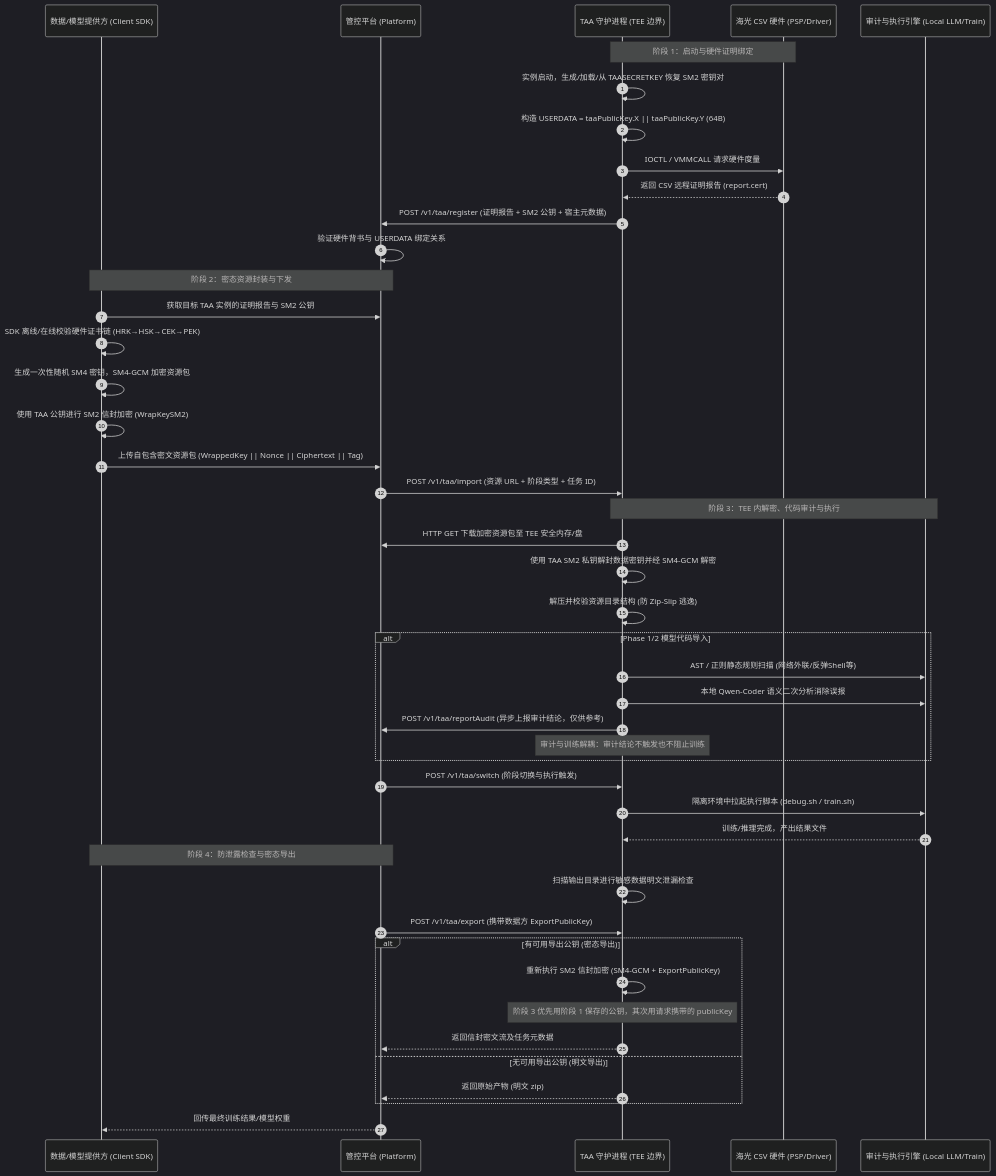
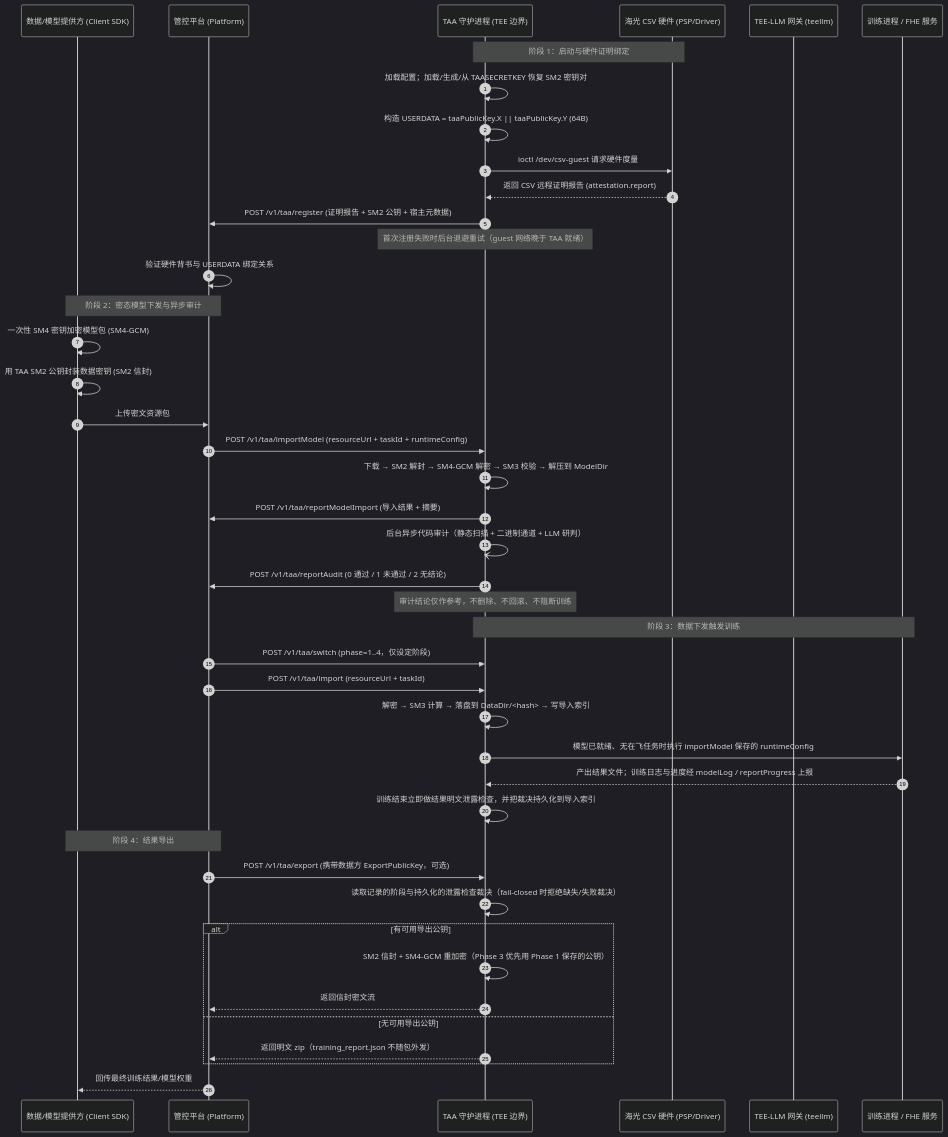
Before and after one commit to CipherSlinger/taa: the diagram in docs/architecture-design.md, drawn with Mermaid (dark theme). The commit also changed other lines of this file, not shown here.

Commit message:
docs(architecture): align the design document with the current implementation

````diff
--- a/docs/architecture-design.md
+++ b/docs/architecture-design.md
@@ -20,55 +36,53 @@
 ```mermaid
 sequenceDiagram
     autonumber
     participant Provider as 数据/模型提供方 (Client SDK)
     participant Platform as 管控平台 (Platform)
     participant TAA as TAA 守护进程 (TEE 边界)
     participant CSV as 海光 CSV 硬件 (PSP/Driver)
-    participant Engine as 审计与执行引擎 (Local LLM/Train)
+    participant LLM as TEE-LLM 网关 (teellm)
+    participant Engine as 训练进程 / FHE 服务
 
     %% 阶段 1：启动、证明与身份注册
     Note over TAA,CSV: 阶段 1：启动与硬件证明绑定
-    TAA->>TAA: 实例启动，生成/加载/从 TAASECRETKEY 恢复 SM2 密钥对
+    TAA->>TAA: 加载配置；加载/生成/从 TAASECRETKEY 恢复 SM2 密钥对
     TAA->>TAA: 构造 USERDATA = taaPublicKey.X || taaPublicKey.Y (64B)
-    TAA->>CSV: IOCTL / VMMCALL 请求硬件度量
-    CSV-->>TAA: 返回 CSV 远程证明报告 (report.cert)
+    TAA->>CSV: ioctl /dev/csv-guest 请求硬件度量
+    CSV-->>TAA: 返回 CSV 远程证明报告 (attestation.report)
     TAA->>Platform: POST /v1/taa/register (证明报告 + SM2 公钥 + 宿主元数据)
+    Note over TAA: 首次注册失败时后台退避重试（guest 网络晚于 TAA 就绪）
     Platform->>Platform: 验证硬件背书与 USERDATA 绑定关系
 
-    %% 阶段 2：密态资源封装与下发
-    Note over Provider,Platform: 阶段 2：密态资源封装与下发
-    Provider->>Platform: 获取目标 TAA 实例的证明报告与 SM2 公钥
-    Provider->>Provider: SDK 离线/在线校验硬件证书链 (HRK→HSK→CEK→PEK)
-    Provider->>Provider: 生成一次性随机 SM4 密钥，SM4-GCM 加密资源包
-    Provider->>Provider: 使用 TAA 公钥进行 SM2 信封加密 (WrapKeySM2)
-    Provider->>Platform: 上传自包含密文资源包 (WrappedKey || Nonce || Ciphertext || Tag)
-    Platform->>TAA: POST /v1/taa/import (资源 URL + 阶段类型 + 任务 ID)
+    %% 阶段 2：模型下发与异步审计
+    Note over Provider,Platform: 阶段 2：密态模型下发与异步审计
+    Provider->>Provider: 一次性 SM4 密钥加密模型包 (SM4-GCM)
+    Provider->>Provider: 用 TAA SM2 公钥封装数据密钥 (SM2 信封)
+    Provider->>Platform: 上传密文资源包
+    Platform->>TAA: POST /v1/taa/importModel (resourceUrl + taskId + runtimeConfig)
+    TAA->>TAA: 下载 → SM2 解封 → SM4-GCM 解密 → SM3 校验 → 解压到 ModelDir
+    TAA->>Platform: POST /v1/taa/reportModelImport (导入结果 + 摘要)
+    TAA-)TAA: 后台异步代码审计（静态扫描 + 二进制通道 + LLM 研判）
+    TAA->>Platform: POST /v1/taa/reportAudit (0 通过 / 1 未通过 / 2 无结论)
+    Note over TAA: 审计结论仅作参考，不删除、不回滚、不阻断训练
 
-    %% 阶段 3：密态解密、审计与执行
-    Note over TAA,Engine: 阶段 3：TEE 内解密、代码审计与执行
-    TAA->>Platform: HTTP GET 下载加密资源包至 TEE 安全内存/盘
-    TAA->>TAA: 使用 TAA SM2 私钥解封数据密钥并经 SM4-GCM 解密
-    TAA->>TAA: 解压并校验资源目录结构 (防 Zip-Slip 逃逸)
-    alt Phase 1/2 模型代码导入
-        TAA->>Engine: AST / 正则静态规则扫描 (网络外联/反弹Shell等)
-        TAA->>Engine: 本地 Qwen-Coder 语义二次分析消除误报
-        TAA->>Platform: POST /v1/taa/reportAudit (异步上报审计结论，仅供参考)
-        Note over TAA: 审计与训练解耦：审计结论不触发也不阻止训练
-    end
-    Platform->>TAA: POST /v1/taa/switch (阶段切换与执行触发)
-    TAA->>Engine: 隔离环境中拉起执行脚本 (debug.sh / train.sh)
-    Engine-->>TAA: 训练/推理完成，产出结果文件
+    %% 阶段 3：数据下发与训练
+    Note over TAA,Engine: 阶段 3：数据下发触发训练
+    Platform->>TAA: POST /v1/taa/switch (phase=1..4，仅设定阶段)
+    Platform->>TAA: POST /v1/taa/import (resourceUrl + taskId)
+    TAA->>TAA: 解密 → SM3 计算 → 落盘到 DataDir/<hash> → 写导入索引
+    TAA->>Engine: 模型已就绪、无在飞任务时执行 importModel 保存的 runtimeConfig
+    Engine-->>TAA: 产出结果文件；训练日志与进度经 modelLog / reportProgress 上报
+    TAA->>TAA: 训练结束立即做结果明文泄露检查，并把裁决持久化到导入索引
 
-    %% 阶段 4：防泄露检查与密态导出
-    Note over Platform,Provider: 阶段 4：防泄露检查与密态导出
-    TAA->>TAA: 扫描输出目录进行敏感数据明文泄漏检查
-    Platform->>TAA: POST /v1/taa/export (携带数据方 ExportPublicKey)
-    alt 有可用导出公钥 (密态导出)
-        TAA->>TAA: 重新执行 SM2 信封加密 (SM4-GCM + ExportPublicKey)
-        Note over TAA: 阶段 3 优先用阶段 1 保存的公钥，其次用请求携带的 publicKey
-        TAA-->>Platform: 返回信封密文流及任务元数据
-    else 无可用导出公钥 (明文导出)
-        TAA-->>Platform: 返回原始产物 (明文 zip)
+    %% 阶段 4：密态导出
+    Note over Platform,Provider: 阶段 4：结果导出
+    Platform->>TAA: POST /v1/taa/export (携带数据方 ExportPublicKey，可选)
+    TAA->>TAA: 读取记录的阶段与持久化的泄露检查裁决（fail-closed 时拒绝缺失/失败裁决）
+    alt 有可用导出公钥
+        TAA->>TAA: SM2 信封 + SM4-GCM 重加密（Phase 3 优先用 Phase 1 保存的公钥）
+        TAA-->>Platform: 返回信封密文流
+    else 无可用导出公钥
+        TAA-->>Platform: 返回明文 zip（training_report.json 不随包外发）
     end
     Platform-->>Provider: 回传最终训练结果/模型权重
 ```
````
